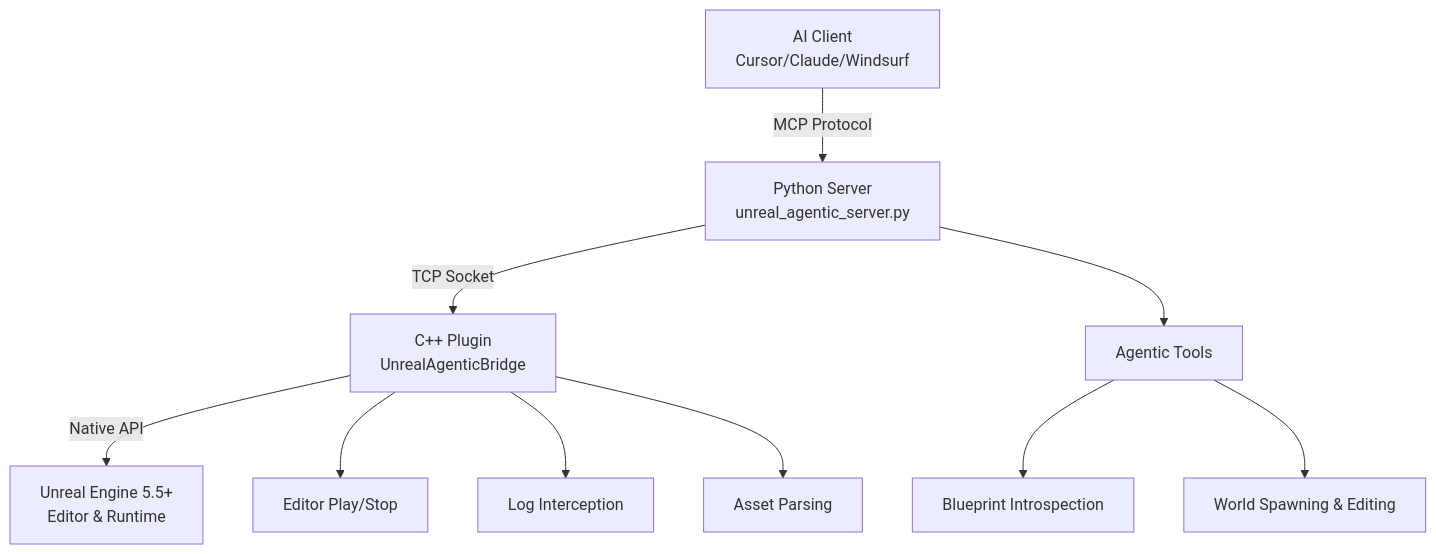
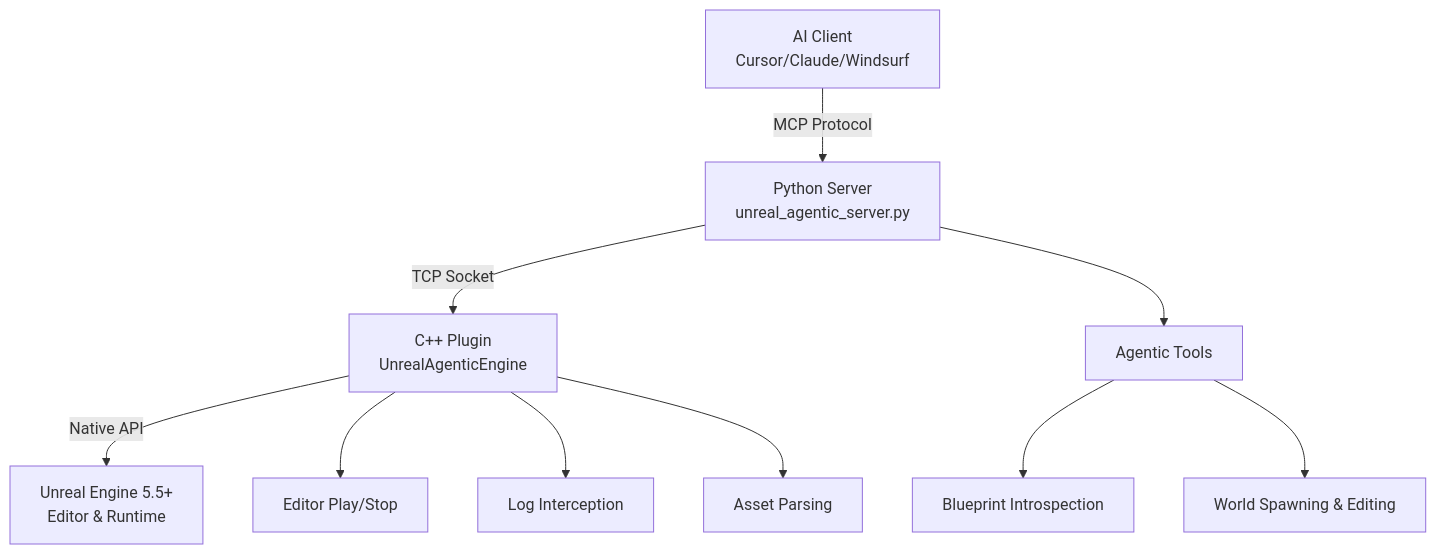
One commit to oprincipe/unreal-agentic-engine changed the diagram in README.md. Above: the diagram before and after it, drawn with Mermaid. The commit also changed other lines of this file and 71 other files, not shown here.

Commit message:
refactor: rename entire codebase from UnrealAgenticBridge to UnrealAgenticEngine

````diff
--- a/README.md
+++ b/README.md
@@ -133,14 +133,14 @@
 ```mermaid
 graph TB
     A[AI Client<br/>Cursor/Claude/Windsurf] -->|MCP Protocol| B[Python Server<br/>unreal_agentic_server.py]
-    B -->|TCP Socket| C[C++ Plugin<br/>UnrealAgenticBridge]
+    B -->|TCP Socket| C[C++ Plugin<br/>UnrealAgenticEngine]
     C -->|Native API| D[Unreal Engine 5.5+<br/>Editor & Runtime]
     
     B --> E[Agentic Tools]
     E --> F[Blueprint Introspection]
     E --> G[World Spawning & Editing]  
     
     C --> I[Editor Play/Stop]
     C --> J[Log Interception]
     C --> K[Asset Parsing]
 ```
````
